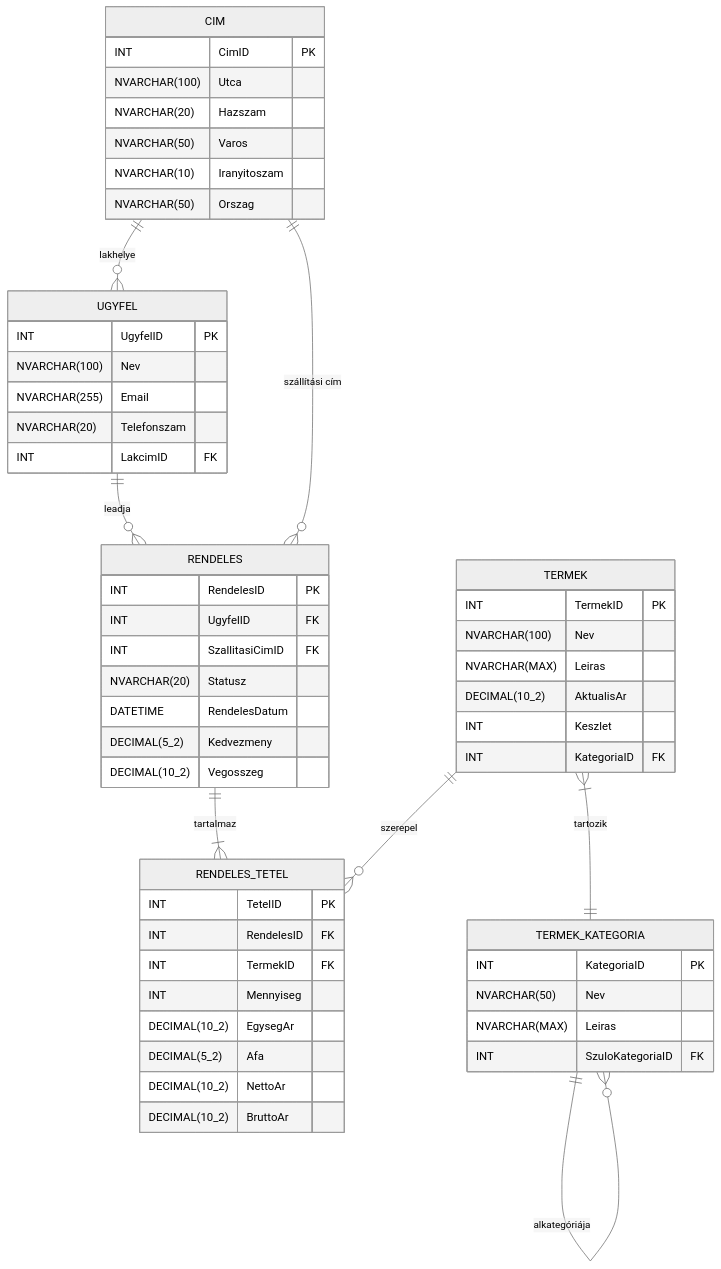
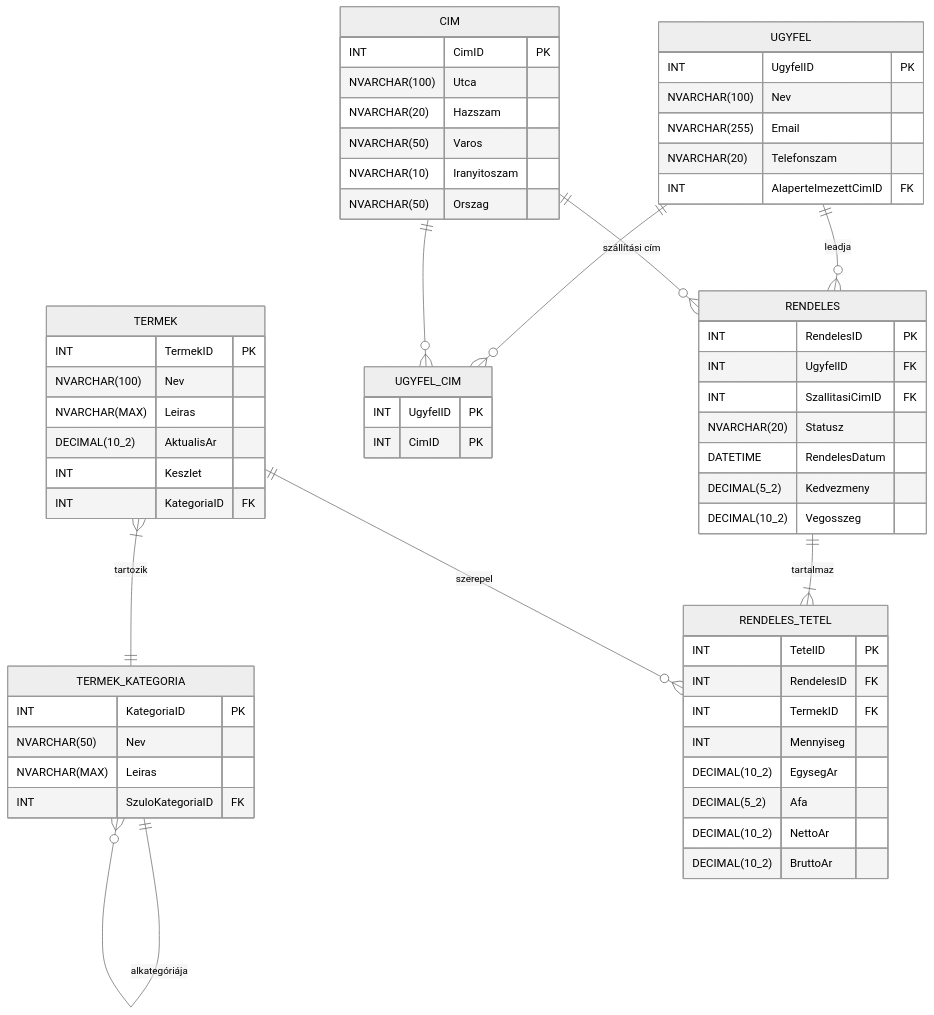
One commit to altinum/docfx_softeng changed the diagram in project/softeng/ch01-project-db/ch01-03-database-design.md. Above: the diagram before and after it, drawn with Mermaid (neutral theme). The commit also changed other lines of this file and 2 other files, not shown here.

Commit message:
1 week chat

````diff
--- a/project/softeng/ch01-project-db/ch01-03-database-design.md
+++ b/project/softeng/ch01-project-db/ch01-03-database-design.md
@@ -96,66 +95,70 @@
-<div class="mermaid">
+```mermaid
+erDiagram  
+UGYFEL {
+    INT UgyfelID PK
+    NVARCHAR(100) Nev
+    NVARCHAR(255) Email
+    NVARCHAR(20) Telefonszam
+    INT AlapertelmezettCimID FK
+}
 
-erDiagram
-    UGYFEL ||--o{ RENDELES : "leadja"
-    RENDELES ||--|{ RENDELES_TETEL : "tartalmaz"
-    TERMEK ||--o{ RENDELES_TETEL : "szerepel"
-    TERMEK }|--|| TERMEK_KATEGORIA : "tartozik"
-    TERMEK_KATEGORIA ||--o{ TERMEK_KATEGORIA : "alkategóriája"
-    CIM ||--o{ UGYFEL : "lakhelye"
-    CIM ||--o{ RENDELES : "szállítási cím"
+TERMEK {
+    INT TermekID PK
+    NVARCHAR(100) Nev
+    NVARCHAR(MAX) Leiras
+    DECIMAL(10_2) AktualisAr
+    INT Keszlet
+    INT KategoriaID FK
+}
 
-    UGYFEL {
-        INT UgyfelID PK
-        NVARCHAR(100) Nev
-        NVARCHAR(255) Email
-        NVARCHAR(20) Telefonszam
-        INT LakcimID FK
-    }
+TERMEK_KATEGORIA {
+    INT KategoriaID PK
+    NVARCHAR(50) Nev
+    NVARCHAR(MAX) Leiras
+    INT SzuloKategoriaID FK   
+}
 
-    CIM {
-        INT CimID PK
-        NVARCHAR(100) Utca
-        NVARCHAR(20) Hazszam
-        NVARCHAR(50) Varos
-        NVARCHAR(10) Iranyitoszam
-        NVARCHAR(50) Orszag
-    }
+UGYFEL_CIM {
+	INT UgyfelID PK
+	INT CimID PK
+}
 
-    RENDELES {
-        INT RendelesID PK
-        INT UgyfelID FK
-        INT SzallitasiCimID FK
-        NVARCHAR(20) Statusz
-        DATETIME RendelesDatum
-        DECIMAL(5_2) Kedvezmeny
-        DECIMAL(10_2) Vegosszeg
-    }
+CIM {
+    INT CimID PK
+    NVARCHAR(100) Utca
+    NVARCHAR(20) Hazszam
+    NVARCHAR(50) Varos
+    NVARCHAR(10) Iranyitoszam
+    NVARCHAR(50) Orszag
+}
 
-    RENDELES_TETEL {
-        INT TetelID PK
-        INT RendelesID FK
-        INT TermekID FK
-        INT Mennyiseg
-        DECIMAL(10_2) EgysegAr
-        DECIMAL(5_2) Afa
-        DECIMAL(10_2) NettoAr
-        DECIMAL(10_2) BruttoAr
-    }
+RENDELES {
+    INT RendelesID PK
+    INT UgyfelID FK
+    INT SzallitasiCimID FK
+    NVARCHAR(20) Statusz
+    DATETIME RendelesDatum
+    DECIMAL(5_2) Kedvezmeny
+    DECIMAL(10_2) Vegosszeg
+}
 
-    TERMEK {
-        INT TermekID PK
-        NVARCHAR(100) Nev
-        NVARCHAR(MAX) Leiras
-        DECIMAL(10_2) AktualisAr
-        INT Keszlet
-        INT KategoriaID FK
-    }
+RENDELES_TETEL {
+    INT TetelID PK
+    INT RendelesID FK
+    INT TermekID FK
+    INT Mennyiseg
+    DECIMAL(10_2) EgysegAr
+    DECIMAL(5_2) Afa
+    DECIMAL(10_2) NettoAr
+    DECIMAL(10_2) BruttoAr
+}
 
-    TERMEK_KATEGORIA {
-        INT KategoriaID PK
-        NVARCHAR(50) Nev
-        NVARCHAR(MAX) Leiras
-        INT SzuloKategoriaID FK
-    }
-
-</div>
+UGYFEL ||--o{ RENDELES : "leadja"
+RENDELES ||--|{ RENDELES_TETEL : "tartalmaz"
+TERMEK ||--o{ RENDELES_TETEL : "szerepel"
+TERMEK }|--|| TERMEK_KATEGORIA : "tartozik"
+TERMEK_KATEGORIA ||--o{ TERMEK_KATEGORIA : "alkategóriája"
+UGYFEL ||--o{ UGYFEL_CIM : ""
+CIM ||--o{ UGYFEL_CIM : ""
+CIM ||--o{ RENDELES : "szállítási cím"
+```
````
